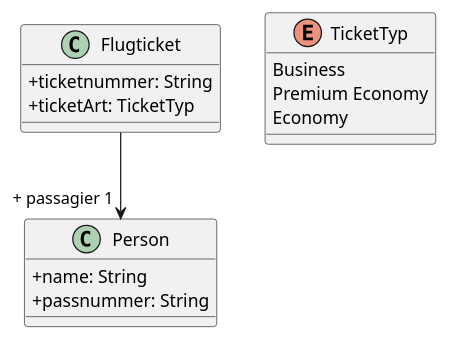
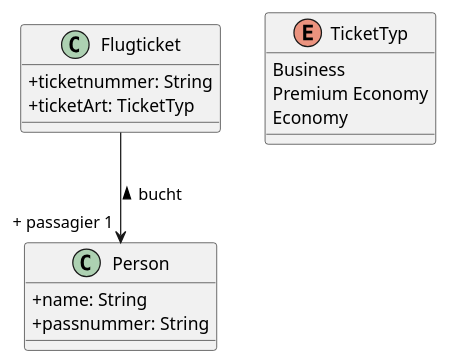
The diagram in ue01/3a.puml (Sascha8a/OOM), drawn with PlantUML before and after one commit. The commit also changed 6 other files, not shown here.

```diff
--- a/ue01/3a.puml
+++ b/ue01/3a.puml
@@ -1,22 +1,22 @@
 @startuml Aufgabe 3 a)
 
 skinparam classAttributeIconSize 0
 
 class Person {
     +name: String
     +passnummer: String
 }
 
 class Flugticket {
     +ticketnummer: String
     +ticketArt: TicketTyp
 }
 
 enum TicketTyp {
     Business
     Premium Economy
     Economy
 }
 
-Flugticket --> "+ passagier 1" Person
+Flugticket --> "+ passagier 1" Person: bucht <
 @enduml
```
